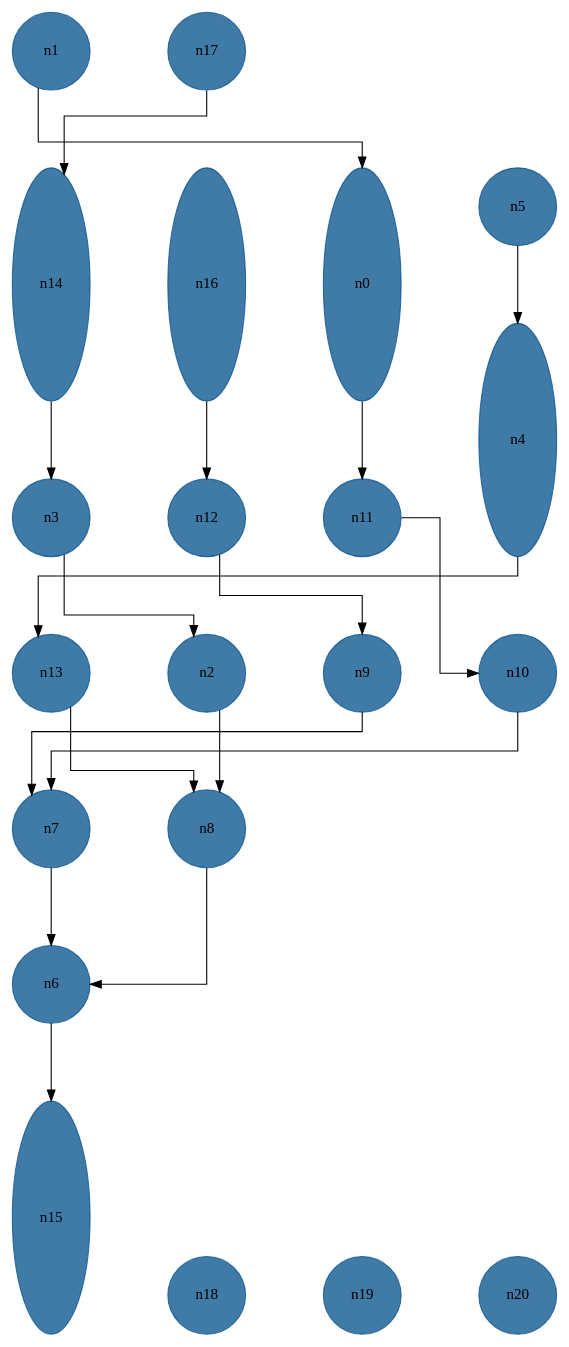
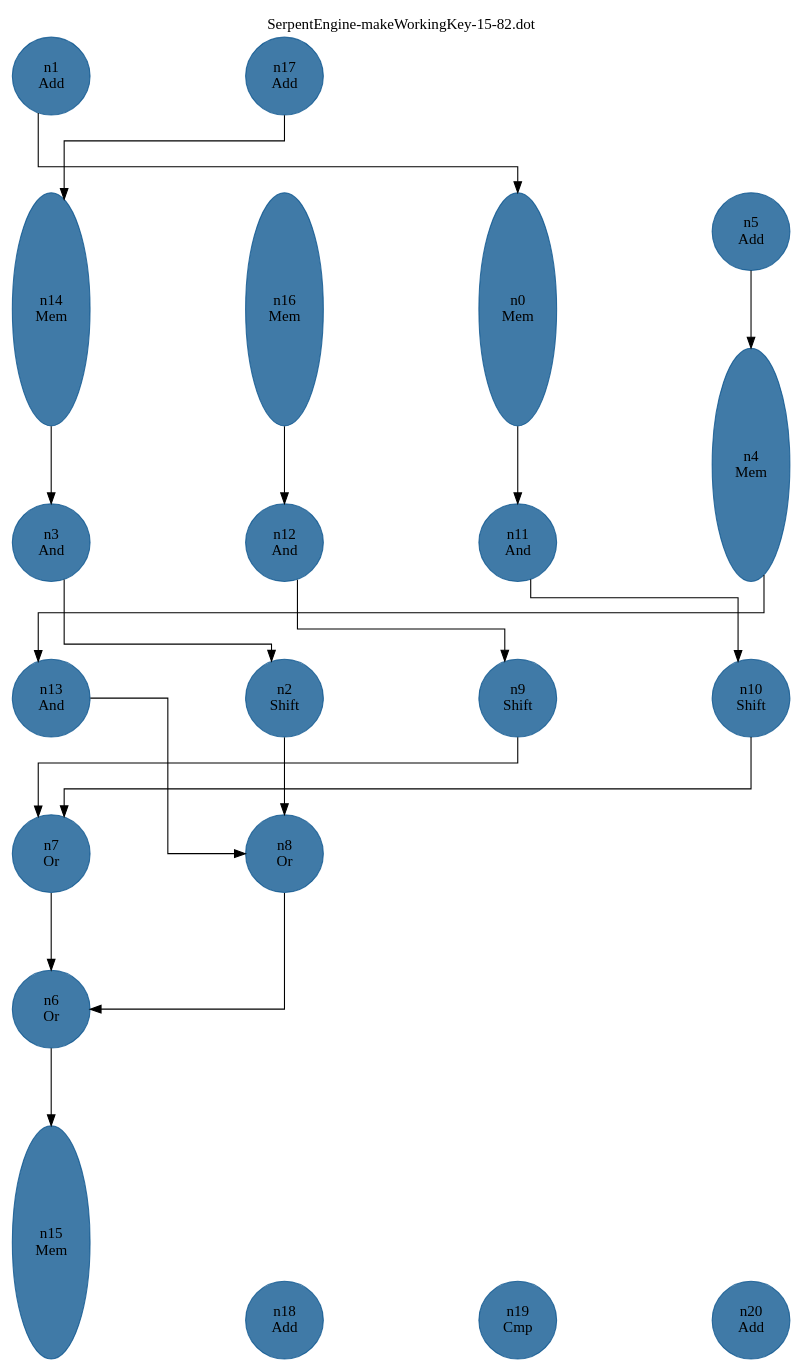
The diagram in scheduler-framework-master/schedules/ALAP_SerpentEngine-makeWorkingKey-15-82.dot (Chancenloslu/SDC), drawn with Graphviz before and after one commit. The commit also changed 9 other files, not shown here.

```diff
--- a/scheduler-framework-master/schedules/ALAP_SerpentEngine-makeWorkingKey-15-82.dot
+++ b/scheduler-framework-master/schedules/ALAP_SerpentEngine-makeWorkingKey-15-82.dot
@@ -1,43 +1,45 @@
 //do not use DOT to generate pdf use NEATO or FDP
 digraph{
 layout="neato";
 splines="ortho";
-n1[shape="ellipse", style="filled", color="#004E8ABF", pos="0,18!", height="1", width="1"];
+label="SerpentEngine-makeWorkingKey-15-82.dot"
+labelloc  =  t
+n1[label="n1\nAdd"shape="ellipse", style="filled", color="#004E8ABF", pos="0,18!", height="1", width="1"];
 n1 -> n0;
-n17[shape="ellipse", style="filled", color="#004E8ABF", pos="2,18!", height="1", width="1"];
+n17[label="n17\nAdd"shape="ellipse", style="filled", color="#004E8ABF", pos="3,18!", height="1", width="1"];
 n17 -> n14;
-n14[shape="ellipse", style="filled", color="#004E8ABF", pos="0,15!", height="3", width="1"];
+n14[label="n14\nMem"shape="ellipse", style="filled", color="#004E8ABF", pos="0,15!", height="3", width="1"];
 n14 -> n3;
-n16[shape="ellipse", style="filled", color="#004E8ABF", pos="2,15!", height="3", width="1"];
+n16[label="n16\nMem"shape="ellipse", style="filled", color="#004E8ABF", pos="3,15!", height="3", width="1"];
 n16 -> n12;
-n0[shape="ellipse", style="filled", color="#004E8ABF", pos="4,15!", height="3", width="1"];
+n0[label="n0\nMem"shape="ellipse", style="filled", color="#004E8ABF", pos="6,15!", height="3", width="1"];
 n0 -> n11;
-n5[shape="ellipse", style="filled", color="#004E8ABF", pos="6,16!", height="1", width="1"];
+n5[label="n5\nAdd"shape="ellipse", style="filled", color="#004E8ABF", pos="9,16!", height="1", width="1"];
 n5 -> n4;
-n4[shape="ellipse", style="filled", color="#004E8ABF", pos="6,13!", height="3", width="1"];
+n4[label="n4\nMem"shape="ellipse", style="filled", color="#004E8ABF", pos="9,13!", height="3", width="1"];
 n4 -> n13;
-n3[shape="ellipse", style="filled", color="#004E8ABF", pos="0,12!", height="1", width="1"];
+n3[label="n3\nAnd"shape="ellipse", style="filled", color="#004E8ABF", pos="0,12!", height="1", width="1"];
 n3 -> n2;
-n12[shape="ellipse", style="filled", color="#004E8ABF", pos="2,12!", height="1", width="1"];
+n12[label="n12\nAnd"shape="ellipse", style="filled", color="#004E8ABF", pos="3,12!", height="1", width="1"];
 n12 -> n9;
-n11[shape="ellipse", style="filled", color="#004E8ABF", pos="4,12!", height="1", width="1"];
+n11[label="n11\nAnd"shape="ellipse", style="filled", color="#004E8ABF", pos="6,12!", height="1", width="1"];
 n11 -> n10;
-n13[shape="ellipse", style="filled", color="#004E8ABF", pos="0,10!", height="1", width="1"];
+n13[label="n13\nAnd"shape="ellipse", style="filled", color="#004E8ABF", pos="0,10!", height="1", width="1"];
 n13 -> n8;
-n2[shape="ellipse", style="filled", color="#004E8ABF", pos="2,10!", height="1", width="1"];
+n2[label="n2\nShift"shape="ellipse", style="filled", color="#004E8ABF", pos="3,10!", height="1", width="1"];
 n2 -> n8;
-n9[shape="ellipse", style="filled", color="#004E8ABF", pos="4,10!", height="1", width="1"];
+n9[label="n9\nShift"shape="ellipse", style="filled", color="#004E8ABF", pos="6,10!", height="1", width="1"];
 n9 -> n7;
-n10[shape="ellipse", style="filled", color="#004E8ABF", pos="6,10!", height="1", width="1"];
+n10[label="n10\nShift"shape="ellipse", style="filled", color="#004E8ABF", pos="9,10!", height="1", width="1"];
 n10 -> n7;
-n7[shape="ellipse", style="filled", color="#004E8ABF", pos="0,8!", height="1", width="1"];
+n7[label="n7\nOr"shape="ellipse", style="filled", color="#004E8ABF", pos="0,8!", height="1", width="1"];
 n7 -> n6;
-n8[shape="ellipse", style="filled", color="#004E8ABF", pos="2,8!", height="1", width="1"];
+n8[label="n8\nOr"shape="ellipse", style="filled", color="#004E8ABF", pos="3,8!", height="1", width="1"];
 n8 -> n6;
-n6[shape="ellipse", style="filled", color="#004E8ABF", pos="0,6!", height="1", width="1"];
+n6[label="n6\nOr"shape="ellipse", style="filled", color="#004E8ABF", pos="0,6!", height="1", width="1"];
 n6 -> n15;
-n15[shape="ellipse", style="filled", color="#004E8ABF", pos="0,3!", height="3", width="1"];
-n18[shape="ellipse", style="filled", color="#004E8ABF", pos="2,2!", height="1", width="1"];
-n19[shape="ellipse", style="filled", color="#004E8ABF", pos="4,2!", height="1", width="1"];
-n20[shape="ellipse", style="filled", color="#004E8ABF", pos="6,2!", height="1", width="1"];
+n15[label="n15\nMem"shape="ellipse", style="filled", color="#004E8ABF", pos="0,3!", height="3", width="1"];
+n18[label="n18\nAdd"shape="ellipse", style="filled", color="#004E8ABF", pos="3,2!", height="1", width="1"];
+n19[label="n19\nCmp"shape="ellipse", style="filled", color="#004E8ABF", pos="6,2!", height="1", width="1"];
+n20[label="n20\nAdd"shape="ellipse", style="filled", color="#004E8ABF", pos="9,2!", height="1", width="1"];
 }
```
